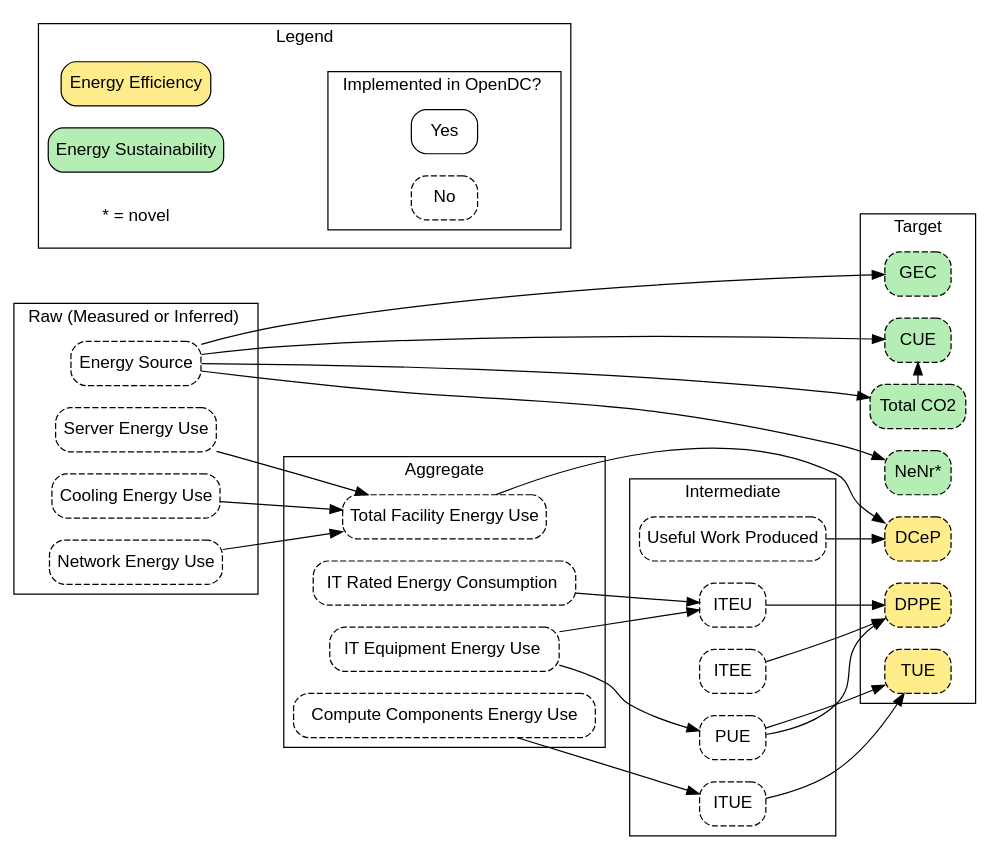
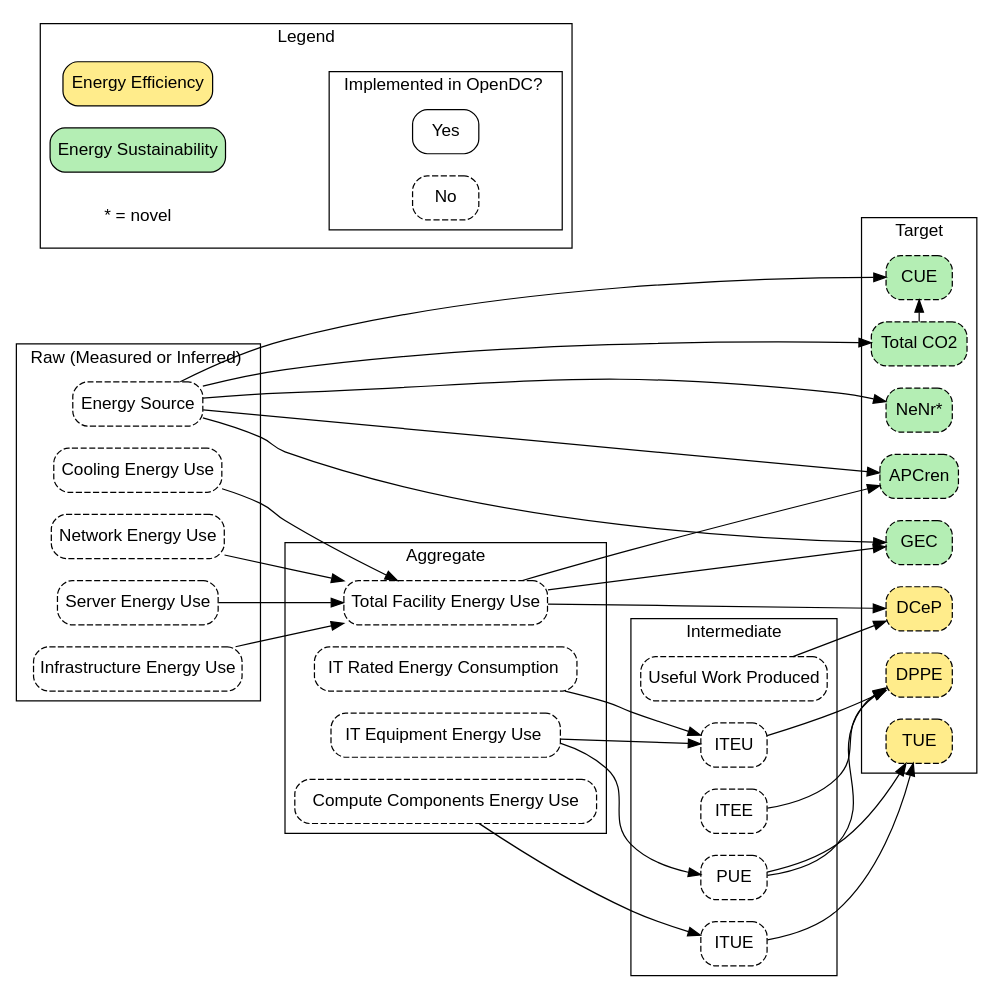
One commit to philippsommer27/energy-efficiency-metrics-graph changed the diagram in metrics.gv. Above: the diagram before and after it, drawn with Graphviz. The commit also changed 2 other files, not shown here.

```diff
--- a/metrics.gv
+++ b/metrics.gv
@@ -1,90 +1,98 @@
 digraph {
     rankdir=LR
     fontname="Helvetica,Arial,sans-serif"
     node [fontname="Helvetica,Arial,sans-serif"]
     edge [fontname="Helvetica,Arial,sans-serif"]
     node [shape=box, style="rounded, dashed"]
 
     subgraph  cluster_raw {
         label = "  Raw (Measured or Inferred)  "
         energy_s [label="Energy Source"]
         cooling_e [label="Cooling Energy Use"]
         network_e [label="Network Energy Use"]
         server_e [label="Server Energy Use"]
+        infra_e [label="Infrastructure Energy Use"]
     }
 
     subgraph  cluster_aggregates {
         label = "Aggregate"
         tfe [label="Total Facility Energy Use"]
         itqe [label="  IT Equipment Energy Use  "]
         itre [label="  IT Rated Energy Consumption  "]
         compute_e [label="   Compute Components Energy Use  "]
     }
 
     subgraph cluster_intermediate {
         label = "Intermediate"
         ITUE [tooltip="IT-Power Usage Effectiveness"]
         ITEU [tooltip="IT Equipment Utilization", 
         URL="https://home.jeita.or.jp/greenit-pc/topics/release/pdf/dppe_e_DPPE_Measurement_Guidelines.pdf"]
         ITEE [tooltip="IT Equipment Energy",
         URL="https://home.jeita.or.jp/greenit-pc/topics/release/pdf/dppe_e_DPPE_Measurement_Guidelines.pdf"]
         useful_w [label="Useful Work Produced"]
         PUE [tooltip="Power Usage Effectiveness "]
     }
 
     subgraph cluster_target_energy {
         label = "Target"
+        APCren [tooltip="Adaptability Power Curve at Renewable Energies", style="filled, rounded, dashed", fillcolor=darkseagreen2,
+            URL ="https://www.smartcitiescluster.eu/publications/FP7ProjectCluster-NewEnergyEfficiencyMetricsforDataCentres-task3.pdf"]
         TUE [tooltip="Total Power Usage Effectiveness", style="filled, rounded, dashed", fillcolor=lightgoldenrod1]
         DPPE [tooltip="Data Center Performance Per Energy" , style="filled, rounded, dashed", fillcolor=lightgoldenrod1,
-         URL="https://home.jeita.or.jp/greenit-pc/topics/release/pdf/dppe_e_DPPE_Measurement_Guidelines.pdf"]
+            URL="https://home.jeita.or.jp/greenit-pc/topics/release/pdf/dppe_e_DPPE_Measurement_Guidelines.pdf"]
         GEC [tooltip="Green Energy Coefficient", style="filled, rounded, dashed", fillcolor=darkseagreen2,
-        URL="https://home.jeita.or.jp/greenit-pc/topics/release/pdf/dppe_e_DPPE_Measurement_Guidelines.pdf"]
+            URL="https://home.jeita.or.jp/greenit-pc/topics/release/pdf/dppe_e_DPPE_Measurement_Guidelines.pdf"]
         CUE [tooltip="Carbon Usage Effectiveness", style="filled, rounded, dashed", fillcolor=darkseagreen2,
-        URL="https://airatwork.com/wp-content/uploads/The-Green-Grid-White-Paper-32-CUE-Usage-Guidelines.pdf"]
+            URL="https://airatwork.com/wp-content/uploads/The-Green-Grid-White-Paper-32-CUE-Usage-Guidelines.pdf"]
         CO2 [label="Total CO2", style="filled, rounded, dashed", fillcolor=darkseagreen2]
         NENO [label="NeNr*" tooltip="Non-Essential Non-Renewable", style="filled, rounded, dashed", fillcolor=darkseagreen2]
         DCeP [tooltip="Data Center Energy Productivity", style="filled, rounded, dashed", fillcolor=lightgoldenrod1,
-        URL="https://dl.acm.org/doi/10.1145/2367736.2367741"]
+            URL="https://dl.acm.org/doi/10.1145/2367736.2367741"]
     }
 
     cooling_e -> tfe
     network_e -> tfe
     server_e -> tfe
+    infra_e -> tfe
 
     energy_s -> GEC
     energy_s -> CUE
     energy_s -> CO2
     energy_s -> NENO
+    energy_s -> APCren
 
     itre -> ITEU
     itqe -> PUE
     itqe -> ITEU
     compute_e -> ITUE
 
+    tfe -> GEC
     useful_w -> DCeP
     tfe -> DCeP
+    tfe -> APCren
     PUE -> TUE
     PUE -> DPPE
     ITEE -> DPPE
     ITEU -> DPPE
     ITUE -> TUE
     CO2 -> CUE [constraint=false]
+
 
     subgraph cluster_legend {
         rankdir = TB
         label="Legend"
         fontname="Helvetica,Arial,sans-serif"
         { rank=source; ee es novel };
         node [shape=box, style=rounded]
 
         es [label="Energy Sustainability", style="filled, rounded", fillcolor=darkseagreen2]
         ee [label="Energy Efficiency", style="filled, rounded", fillcolor=lightgoldenrod1]
         novel [label="* = novel", shape=plaintext]
 
         subgraph cluster_implemented {
             label="  Implemented in OpenDC?  "
             Yes []
             No [style="dashed, rounded"]
         }
     }
 }
```
